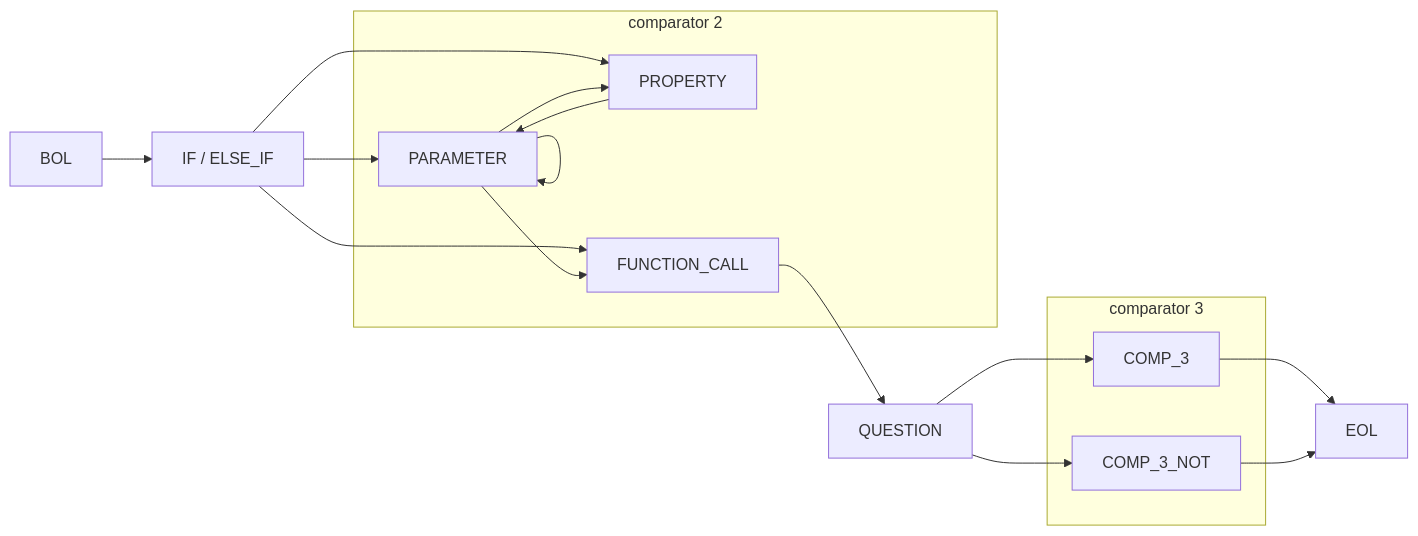
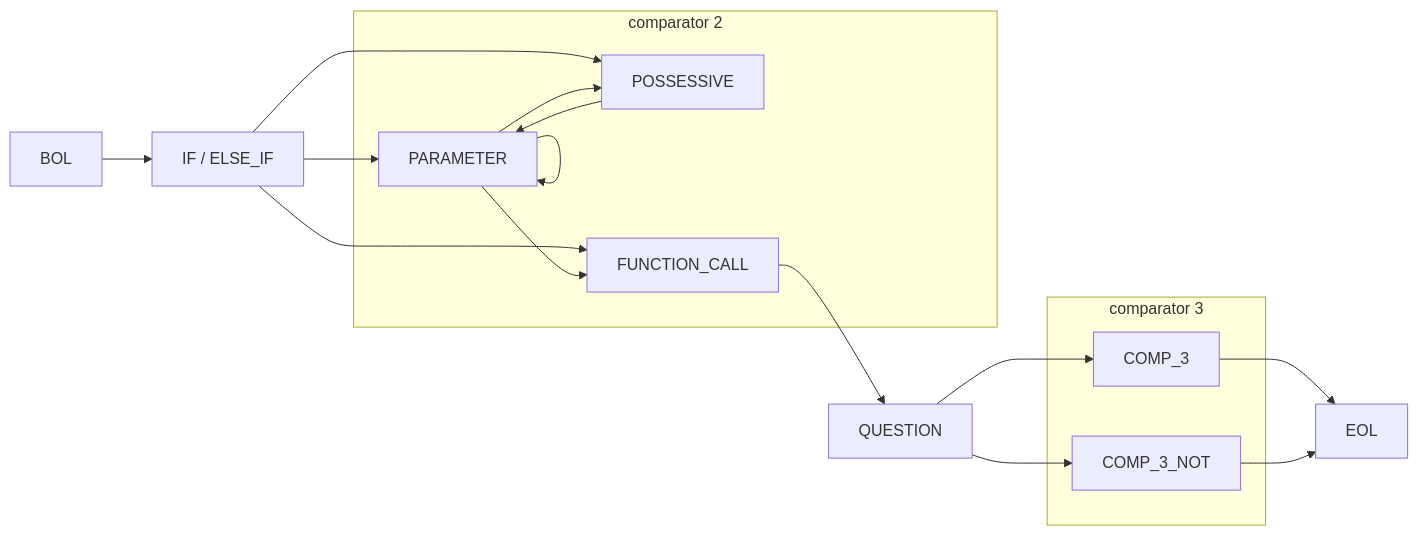
The ninth of 12 diagrams in documentation/nfsm.md (rewhowe/snapdragon), drawn with Mermaid before and after one commit. The commit also changed other lines of this file and 11 other files, not shown here.

Commit message:
rename token property to possessive

````diff
--- a/documentation/nfsm.md
+++ b/documentation/nfsm.md
@@ -204,30 +204,30 @@
 ```mermaid
 graph LR
   BOL --> IF[IF / ELSE_IF]
 
   IF[IF / ELSE_IF ] --> PARAMETER
-  IF[IF / ELSE_IF ] --> PROPERTY
+  IF[IF / ELSE_IF ] --> POSSESSIVE
   IF[IF / ELSE_IF ] --> FUNCTION_CALL
 
   subgraph comparator 2
     PARAMETER --> PARAMETER
-    PARAMETER --> PROPERTY
+    PARAMETER --> POSSESSIVE
     PARAMETER --> FUNCTION_CALL
 
-    PROPERTY --> PARAMETER
+    POSSESSIVE --> PARAMETER
   end
 
   FUNCTION_CALL --> QUESTION
 
   QUESTION --> COMP_3
   QUESTION --> COMP_3_NOT
 
   COMP_3 --> EOL
 
   COMP_3_NOT --> EOL
 
   subgraph comparator 3
     COMP_3
     COMP_3_NOT
   end
 ```
````
